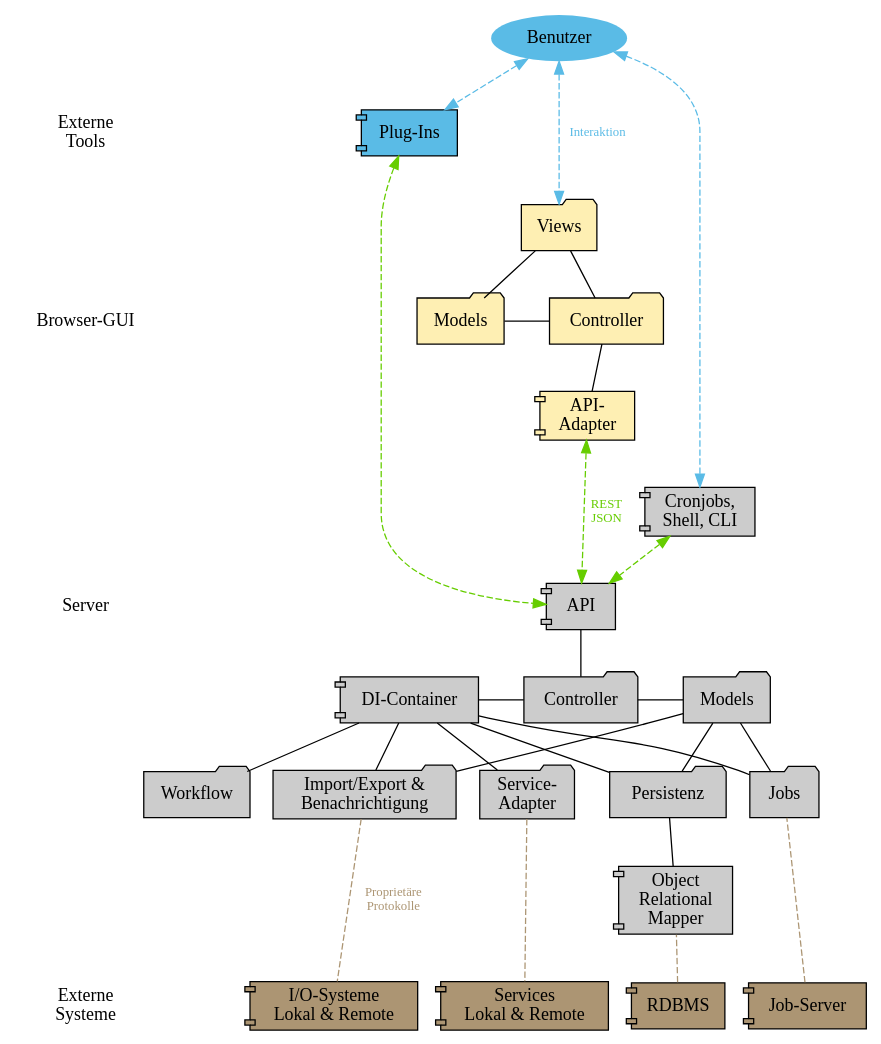
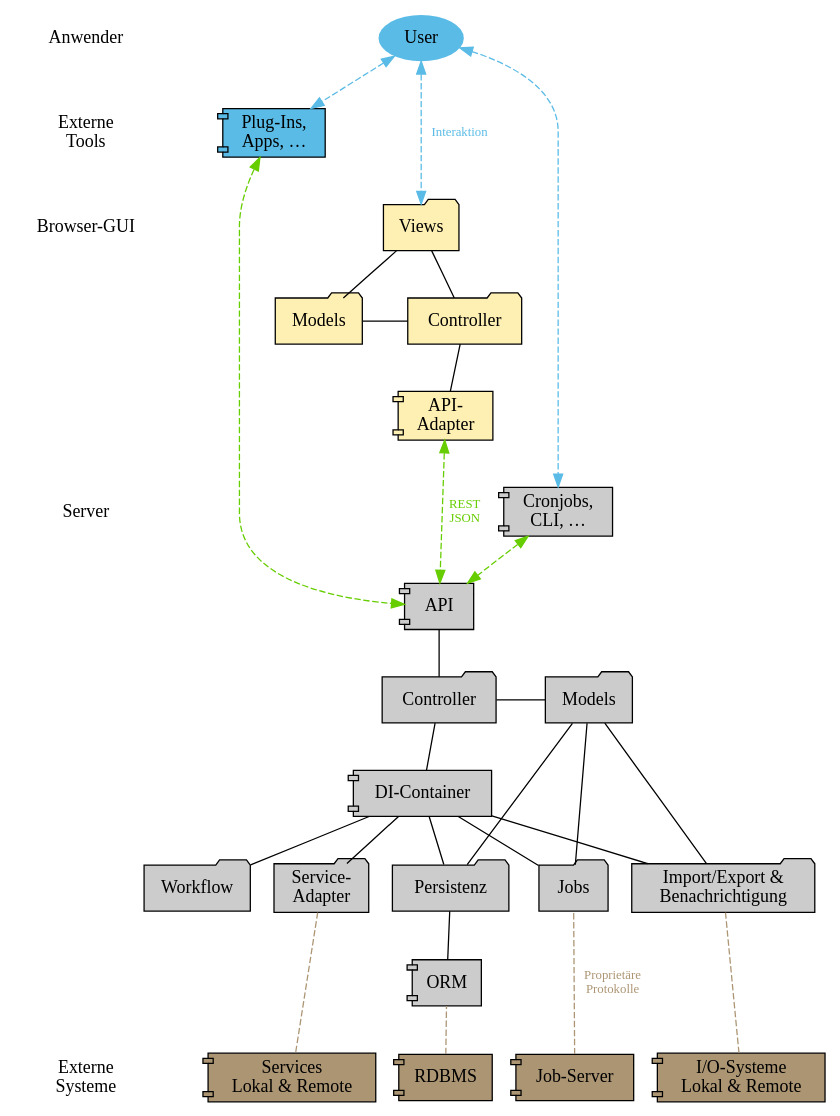
Before and after one commit to retext/retext: the diagram in documents/thesis/media/komponenten.dot, drawn with Graphviz. The commit also changed 4 other files, not shown here.

```diff
--- a/documents/thesis/media/komponenten.dot
+++ b/documents/thesis/media/komponenten.dot
@@ -1,135 +1,145 @@
 digraph G {
 rankdir=TB
 
 edge [ arrowhead=onormal dir=forward fontsize=10 ]
-
 node [ style=filled fillcolor="#5abbe6" ]
 
 subgraph user {
-  rank=same
-  ruser [ style=invis ]
-  user [ style=filled label="Benutzer" penwidth=0 ]
+  rank=same 
+  ruser [ label="Anwender" shape=none style=solid ]
+  user [ style=filled label="User" penwidth=0 ]
 }
 
 
 subgraph c1 {
   rank=same
   r1 [ label="Externe\nTools" shape=none style=solid ]
-  PlugIns [ shape=component label="Plug-Ins" ]
+  PlugIns [ shape=component label="Plug-Ins,\nApps, …" ]
 }
 
 node [ fillcolor="#feefb3" ]
 
 subgraph c2 {
   rank=same
-  r2 [ style=invis ]
+  r2 [ label="Browser-GUI" shape=none style=solid ]
   GuiViews [ label="Views" shape=folder ]
 }
 
 subgraph c3 {
   rank=same
-  r3 [ label="Browser-GUI" shape=none style=solid ]
+  r3 [ style=invis ]
   GuiController [ label=Controller shape=folder ]
   GuiModels [ label=Models shape=folder ]
 }
 
 subgraph c4 {
   rank=same
   r4 [ style=invis ]
   ApiAdapter [ label="API-\nAdapter" shape=component ]
 }
 
 node [ fillcolor="#cccccc" penwidth=1 ]
 
 subgraph c5 {
   rank=same
-  r5 [ style=invis ]
-  Shell [ shape=component label="Cronjobs,\nShell, CLI" ]
+  r5 [ label="Server" shape=none style=solid ]
+  Shell [ shape=component label="Cronjobs,\nCLI, …" ]
 }
 
 subgraph c6 {
   rank=same
-  r6 [ label="Server" shape=none style=solid ]
+  r6 [ style=invis ]
   API [ shape=component ]
 }
 
 subgraph c7 {
   rank=same
   r7 [ style=invis ]
   Controller [ shape=folder ]
+  Models [ shape=folder ]
+}
+
+subgraph c75 {
+  rank=same
+  r75 [ style=invis ]
   di [ label="DI-Container" shape=component ]
-  Models [ shape=folder ]
 }
 
 subgraph c8 {
   rank=same
   r8 [ style=invis ]
+
   IO [ label="Import/Export &\nBenachrichtigung" shape=folder ]
   Jobs [ shape=folder ]
   Persistenz [ shape=folder ]
   Workflow [ shape=folder ]
   ServiceAdapter [ shape=folder label="Service-\nAdapter" ]
 }
 
 subgraph c9 {
   rank=same
   r9 [ style=invis ]
-  orm [ label="Object\nRelational\nMapper" shape=component ]
+  orm [ label="ORM" shape=component ]
 }
 
 node [ fillcolor="#AC9573" ]
 
 subgraph extern {
   rank=same
   extern [ label="Externe\nSysteme" shape=none style=solid ]
   RDBMS [ shape=component ]
   jobserver [ shape=component label="Job-Server" ]
   iosub [ shape=component label="I/O-Systeme\nLokal & Remote" ]
   Services [ shape=component label="Services\nLokal & Remote" ]
 }
 
 
 # Reihenfolge der Schichten erzwingen
 edge [ style=invis ]
-ruser -> r1 -> r2 -> r3 -> r4 -> r5 -> r6 -> r7 -> r8 -> r9 -> extern
+ruser -> r1 -> r2 -> r3 -> r4 -> r5 -> r6 -> r7 -> r75 -> r8 -> r9 -> extern
 
 edge [ style=solid dir=none arrowhead=none ]
 
+di -> Controller
+
+edge [ tailport=none ]
+
 di -> Persistenz
-di -> Controller
 di -> IO
 di -> Jobs
 di -> Workflow
 di -> ServiceAdapter
+
+edge [ headport=none tailport=none ]
 
 API -> Controller
 Persistenz -> Models
 Controller -> Models
 Jobs -> Models
 IO -> Models
 
 GuiController -> ApiAdapter
 GuiController -> GuiViews
 GuiModels -> GuiViews
 GuiModels -> GuiController
 Persistenz -> orm
 
 edge [ color="#AC9573" style=dashed arrowhead=normal arrowtail=normal fontcolor="#AC9573" ]
-jobserver -> Jobs
+jobserver -> Jobs [ label=" Proprietäre\nProtokolle" ]
 RDBMS -> orm
-IO -> iosub [ label=" Proprietäre\nProtokolle" ]
+IO -> iosub
 ServiceAdapter -> Services
 
 edge [ arrowhead=normal dir=both color="#5abbe6" fontcolor="#5abbe6" ]
 user -> Shell
 user -> PlugIns
 user -> GuiViews [ label=" Interaktion" ]
 
 edge [ color="#66cd00" fontcolor="#66cd00" ]
 ApiAdapter -> API [ label=" REST\nJSON" ]
 PlugIns -> API
 Shell -> API
 
 
 
 }
```
